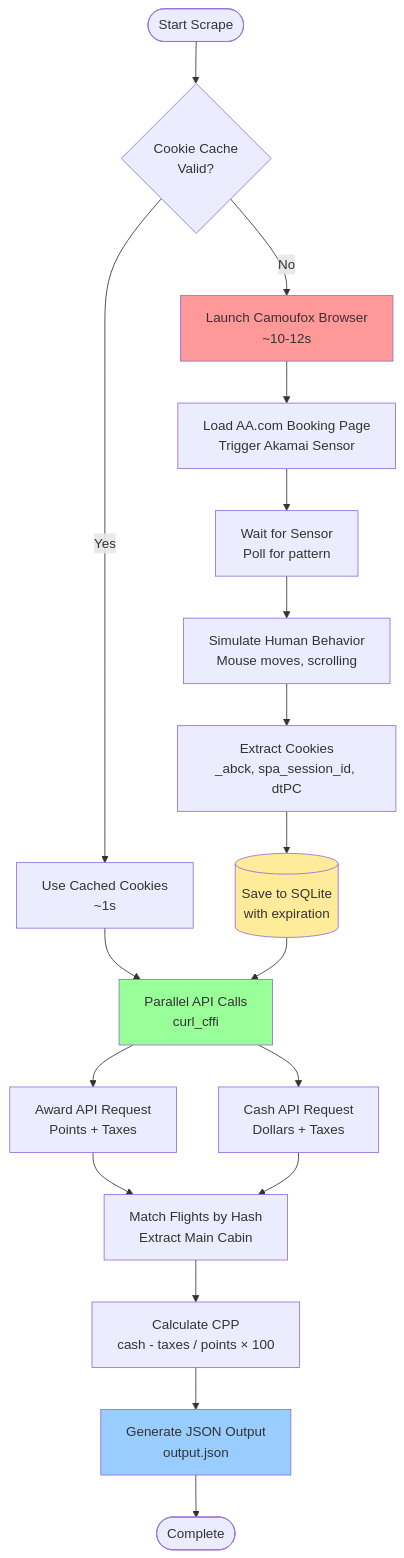
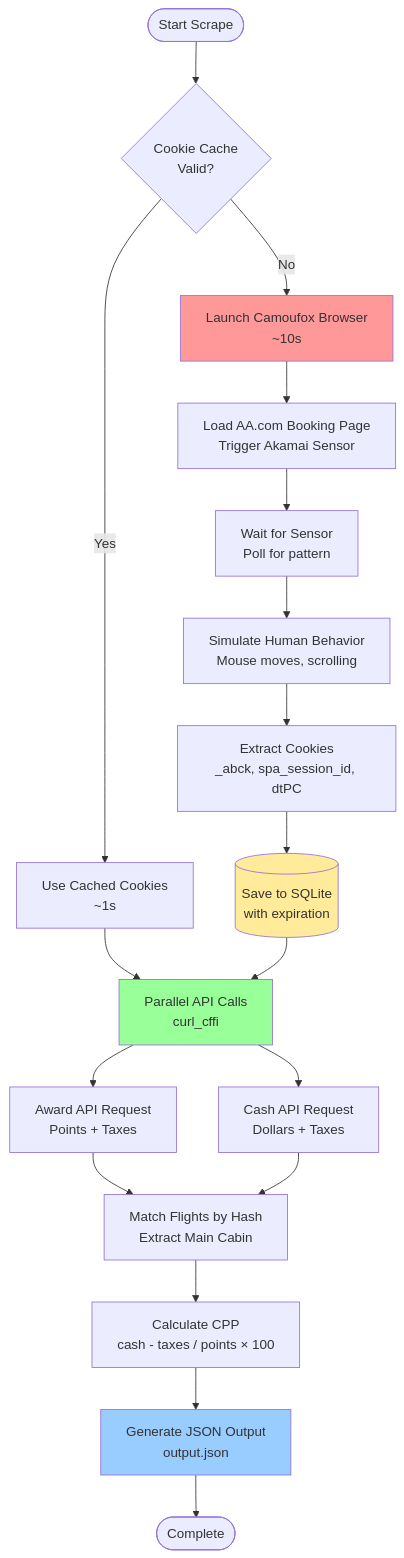
One commit to Prajwalsrinvas/FareCraft changed the diagram in README.md. Above: the diagram before and after it, drawn with Mermaid. The commit also changed other lines of this file and 7 other files, not shown here.

````diff
--- a/README.md
+++ b/README.md
@@ -90,32 +90,32 @@
 ```mermaid
 flowchart TB
     Start([Start Scrape]) --> CheckCache{Cookie Cache<br/>Valid?}
 
     CheckCache -->|Yes| UseCache[Use Cached Cookies<br/>~1s]
-    CheckCache -->|No| LaunchBrowser[Launch Camoufox Browser<br/>~10-12s]
+    CheckCache -->|No| LaunchBrowser[Launch Camoufox Browser<br/>~10s]
 
     LaunchBrowser --> LoadPage[Load AA.com Booking Page<br/>Trigger Akamai Sensor]
     LoadPage --> WaitSensor[Wait for Sensor<br/>Poll for pattern]
     WaitSensor --> SimulateHuman[Simulate Human Behavior<br/>Mouse moves, scrolling]
     SimulateHuman --> ExtractCookies[Extract Cookies<br/>_abck, spa_session_id, dtPC]
     ExtractCookies --> SaveCache[(Save to SQLite<br/>with expiration)]
 
     UseCache --> ParallelAPI[Parallel API Calls<br/>curl_cffi]
     SaveCache --> ParallelAPI
 
     ParallelAPI --> AwardAPI[Award API Request<br/>Points + Taxes]
     ParallelAPI --> CashAPI[Cash API Request<br/>Dollars + Taxes]
 
     AwardAPI --> Match[Match Flights by Hash<br/>Extract Main Cabin]
     CashAPI --> Match
 
     Match --> Calculate[Calculate CPP<br/>cash - taxes / points × 100]
     Calculate --> Output[Generate JSON Output<br/>output.json]
 
     Output --> End([Complete])
 
     style LaunchBrowser fill:#ff9999
     style ParallelAPI fill:#99ff99
     style SaveCache fill:#ffeb99
     style Output fill:#99ccff
 ```
````
